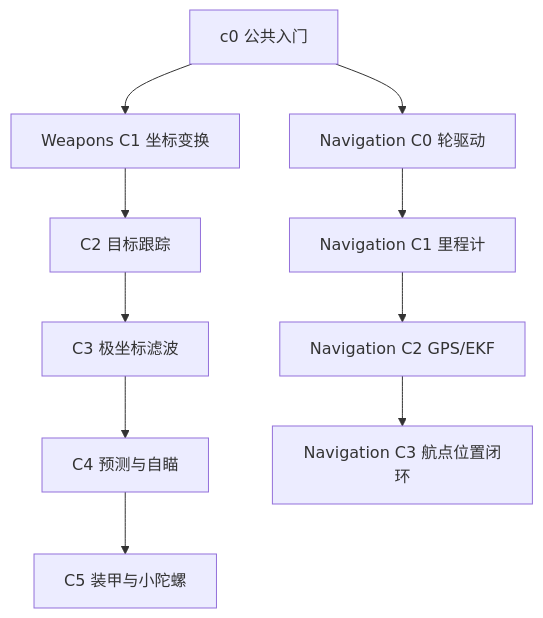
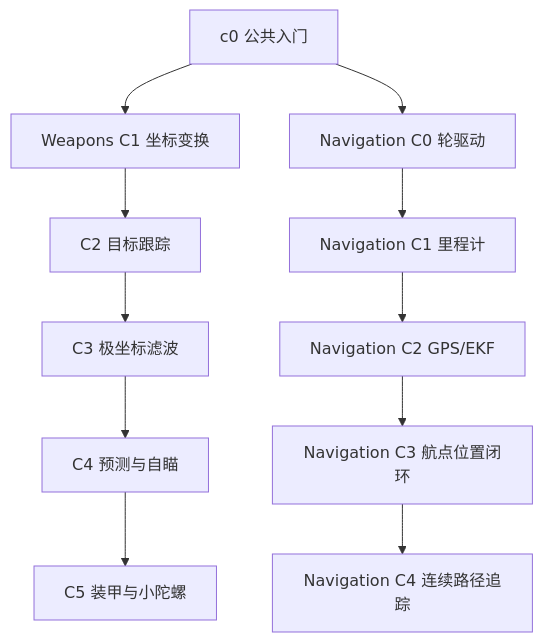
The diagram in docs/36_BRANCHING_PROGRESSION.md (Yangyongyu0506/TankBot), drawn with Mermaid before and after one commit. The commit also changed other lines of this file and 72 other files, not shown here.

````diff
--- a/docs/36_BRANCHING_PROGRESSION.md
+++ b/docs/36_BRANCHING_PROGRESSION.md
@@ -7,12 +7,13 @@
 ```mermaid
 flowchart TD
     I[c0 公共入门] --> W1[Weapons C1 坐标变换]
     I --> N0[Navigation C0 轮驱动]
     W1 --> W2[C2 目标跟踪]
     W2 --> W3[C3 极坐标滤波]
     W3 --> W4[C4 预测与自瞄]
     W4 --> W5[C5 装甲与小陀螺]
     N0 --> N1[Navigation C1 里程计]
     N1 --> N2[Navigation C2 GPS/EKF]
     N2 --> N3[Navigation C3 航点位置闭环]
+    N3 --> N4[Navigation C4 连续路径追踪]
 ```
````
